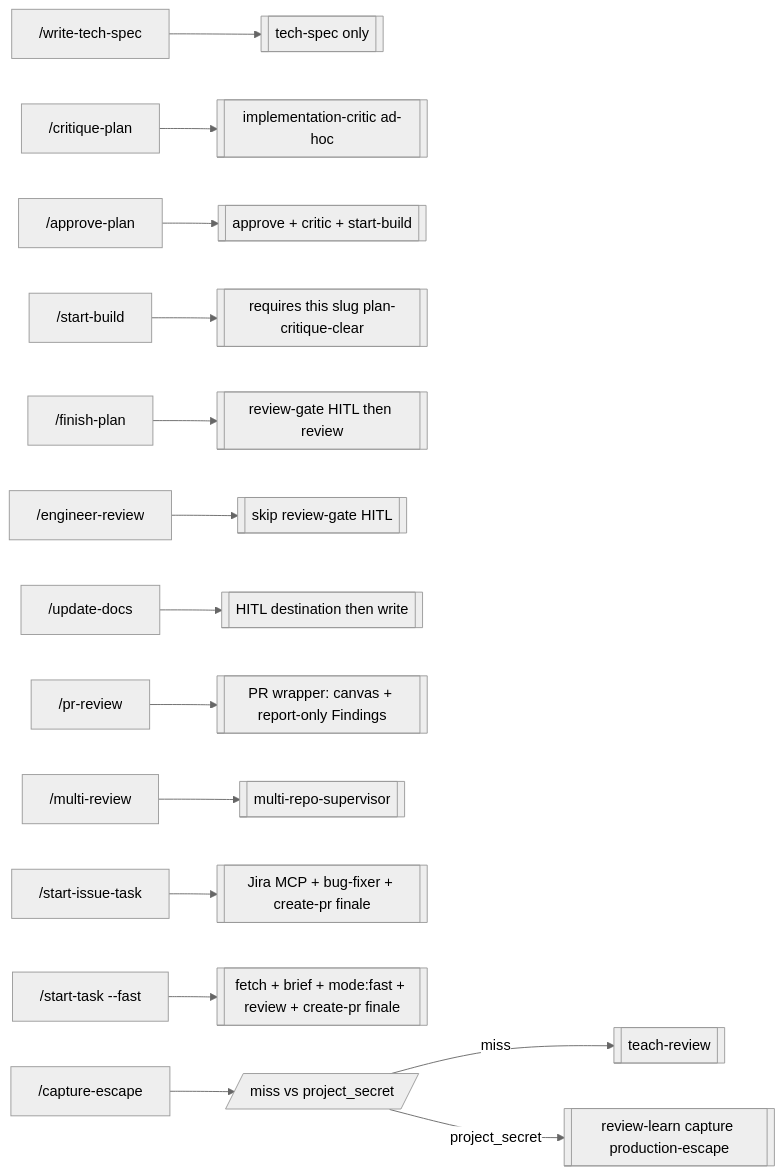
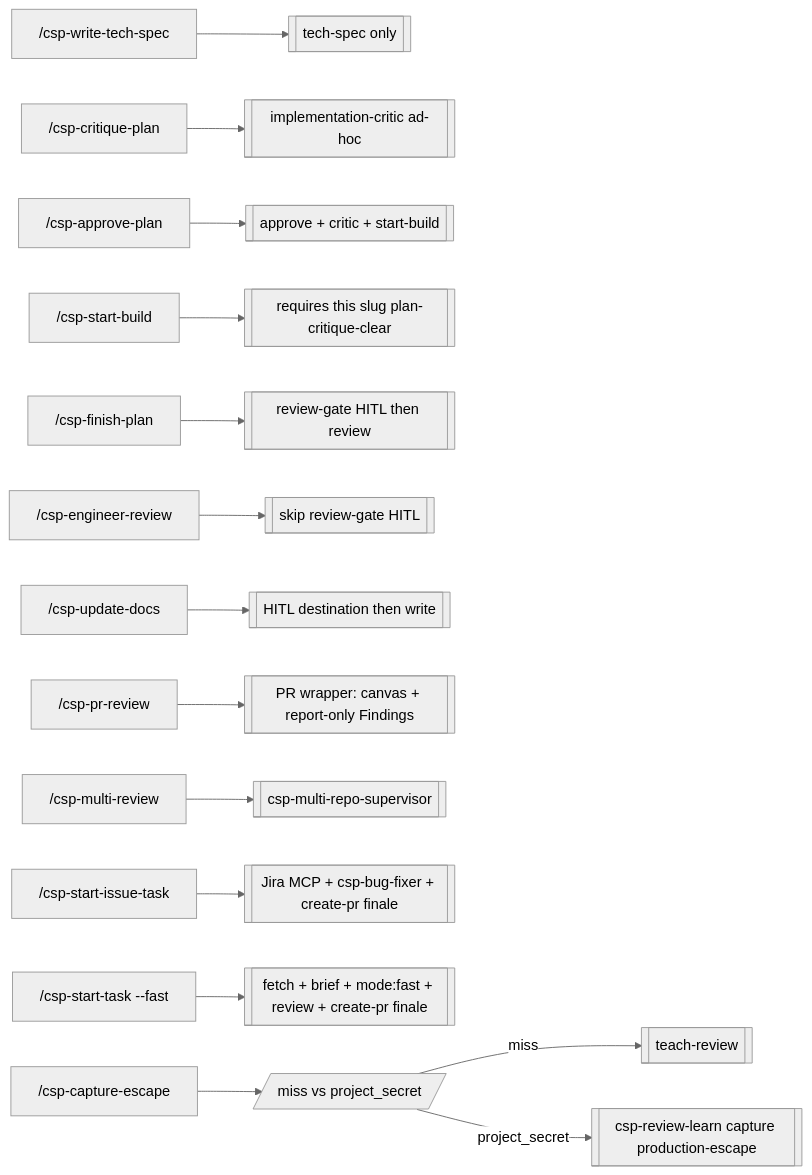
One commit to a-trembak/cursor-spells changed diagram 11 of 14 in docs/superpowers/pipeline-flow.md. Above: the diagram before and after it, drawn with Mermaid (neutral theme). The commit also changed other lines of this file and 228 other files, not shown here.

````diff
--- a/docs/superpowers/pipeline-flow.md
+++ b/docs/superpowers/pipeline-flow.md
@@ -518,17 +518,17 @@
 ```mermaid
 flowchart LR
-  writeSpec["/write-tech-spec"] --> techOnly[["tech-spec only"]]
-  critique["/critique-plan"] --> criticOnly[["implementation-critic ad-hoc"]]
-  approve["/approve-plan"] --> approveFlow[["approve + critic + start-build"]]
-  build["/start-build"] --> buildOnly[["requires this slug plan-critique-clear"]]
-  finish["/finish-plan"] --> finishFlow[["review-gate HITL then review"]]
-  eng["/engineer-review"] --> reviewDirect[["skip review-gate HITL"]]
-  docs["/update-docs"] --> docsFlow[["HITL destination then write"]]
-  pr["/pr-review"] --> prWrap[["PR wrapper: canvas + report-only Findings"]]
-  multi["/multi-review"] --> multiDirect[["multi-repo-supervisor"]]
-  issue["/start-issue-task"] --> issuePipe[["Jira MCP + bug-fixer + create-pr finale"]]
-  fast["/start-task --fast"] --> fastPipe[["fetch + brief + mode:fast + review + create-pr finale"]]
-  escape["/capture-escape"] --> dest[/"miss vs project_secret"/]
+  writeSpec["/csp-write-tech-spec"] --> techOnly[["tech-spec only"]]
+  critique["/csp-critique-plan"] --> criticOnly[["implementation-critic ad-hoc"]]
+  approve["/csp-approve-plan"] --> approveFlow[["approve + critic + start-build"]]
+  build["/csp-start-build"] --> buildOnly[["requires this slug plan-critique-clear"]]
+  finish["/csp-finish-plan"] --> finishFlow[["review-gate HITL then review"]]
+  eng["/csp-engineer-review"] --> reviewDirect[["skip review-gate HITL"]]
+  docs["/csp-update-docs"] --> docsFlow[["HITL destination then write"]]
+  pr["/csp-pr-review"] --> prWrap[["PR wrapper: canvas + report-only Findings"]]
+  multi["/csp-multi-review"] --> multiDirect[["csp-multi-repo-supervisor"]]
+  issue["/csp-start-issue-task"] --> issuePipe[["Jira MCP + csp-bug-fixer + create-pr finale"]]
+  fast["/csp-start-task --fast"] --> fastPipe[["fetch + brief + mode:fast + review + create-pr finale"]]
+  escape["/csp-capture-escape"] --> dest[/"miss vs project_secret"/]
   dest -->|miss| teachEsc[["teach-review"]]
-  dest -->|project_secret| learnPipe[["review-learn capture production-escape"]]
+  dest -->|project_secret| learnPipe[["csp-review-learn capture production-escape"]]
 ```
````
